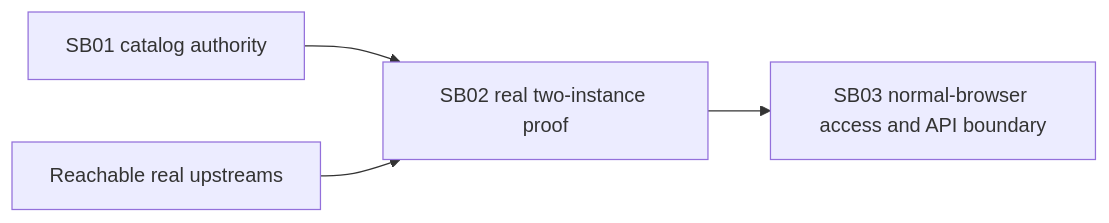
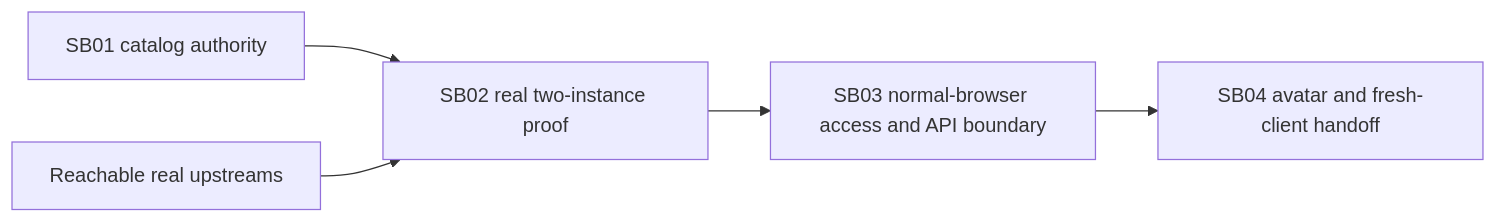
One commit to fyziktom/CanDoItAll changed the diagram in codex/bundles/shared-provider-real-catalogs/plan/01-phase-plan.md. Above: the diagram before and after it, drawn with Mermaid. The commit also changed other lines of this file and 59 other files, not shown here.

````diff
--- a/codex/bundles/shared-provider-real-catalogs/plan/01-phase-plan.md
+++ b/codex/bundles/shared-provider-real-catalogs/plan/01-phase-plan.md
@@ -11,6 +12,7 @@
 ```mermaid
 flowchart LR
   SB01["SB01 catalog authority"] --> SB02["SB02 real two-instance proof"]
   SB02 --> SB03["SB03 normal-browser access and API boundary"]
+  SB03 --> SB04["SB04 avatar and fresh-client handoff"]
   Real["Reachable real upstreams"] --> SB02
 ```
````
